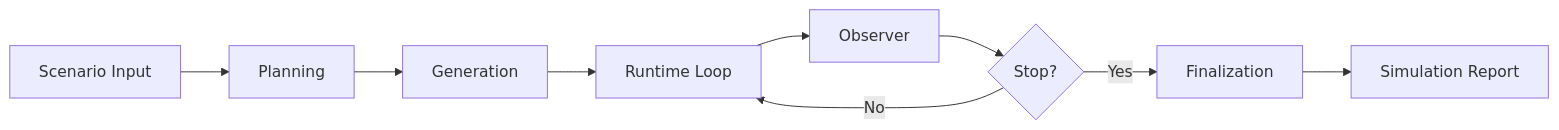
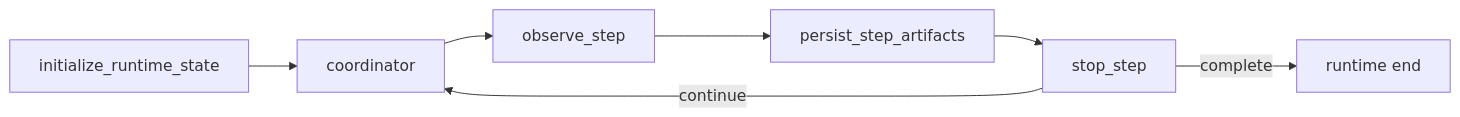
One commit to keonho-kim/simula changed the second of 2 diagrams in README.md. Above: the diagram before and after it, drawn with Mermaid. The commit also changed other lines of this file and 41 other files, not shown here.

````diff
--- a/README.md
+++ b/README.md
@@ -32,11 +78,9 @@
 ```mermaid
 flowchart LR
-    A["Scenario Input"] --> B["Planning"]
-    B --> C["Generation"]
-    C --> D["Runtime Loop"]
-    D --> E["Observer"]
-    E --> F{"Stop?"}
-    F -- "No" --> D
-    F -- "Yes" --> G["Finalization"]
-    G --> H["Simulation Report"]
+      RuntimeInit["initialize_runtime_state"] --> Coordinator["coordinator"]
+      Coordinator --> Observe["observe_step"]
+      Observe --> Persist["persist_step_artifacts"]
+      Persist --> Stop["stop_step"]
+      Stop -- continue --> Coordinator
+      Stop -- complete --> RuntimeDone["runtime end"]
 ```
````
